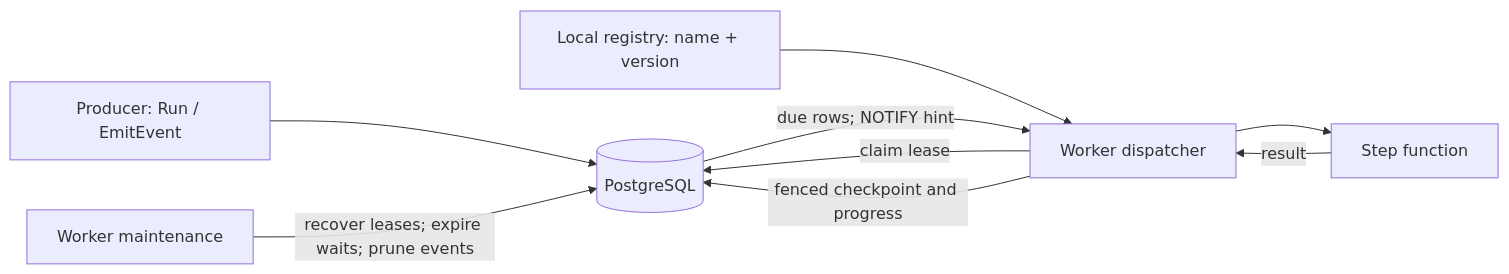
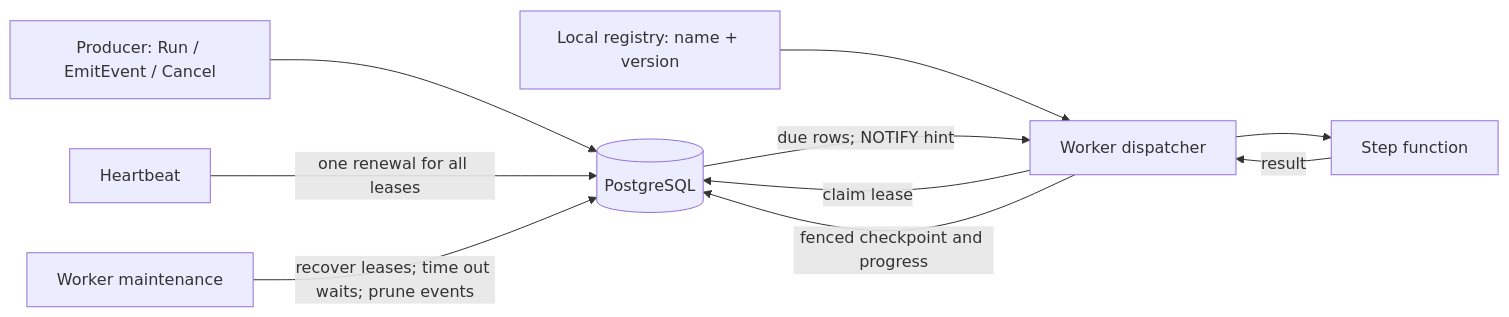
One commit to akashsharma95/durablepg changed the first of 2 diagrams in ARCHITECTURE.md. Above: the diagram before and after it, drawn with Mermaid. The commit also changed other lines of this file and 1 other file, not shown here.

Commit message:
Docs: new schema, API, protocol, and benchmarks vs previous Go and Rust

````diff
--- a/ARCHITECTURE.md
+++ b/ARCHITECTURE.md
@@ -7,11 +7,12 @@
 ```mermaid
 flowchart LR
-    P[Producer: Run / EmitEvent] --> DB[(PostgreSQL)]
+    P[Producer: Run / EmitEvent / Cancel] --> DB[(PostgreSQL)]
     R[Local registry: name + version] --> D[Worker dispatcher]
     DB -->|due rows; NOTIFY hint| D
     D -->|claim lease| DB
     D --> X[Step function]
     X -->|result| D
     D -->|fenced checkpoint and progress| DB
-    M[Worker maintenance] -->|recover leases; expire waits; prune events| DB
+    H[Heartbeat] -->|one renewal for all leases| DB
+    M[Worker maintenance] -->|recover leases; time out waits; prune events| DB
 ```
````
